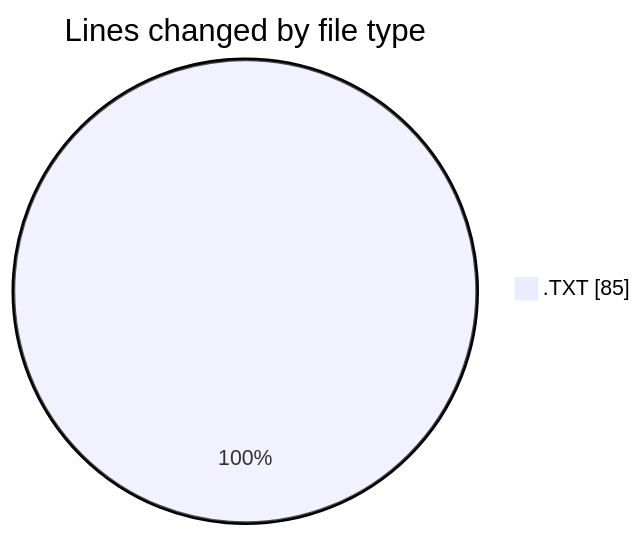
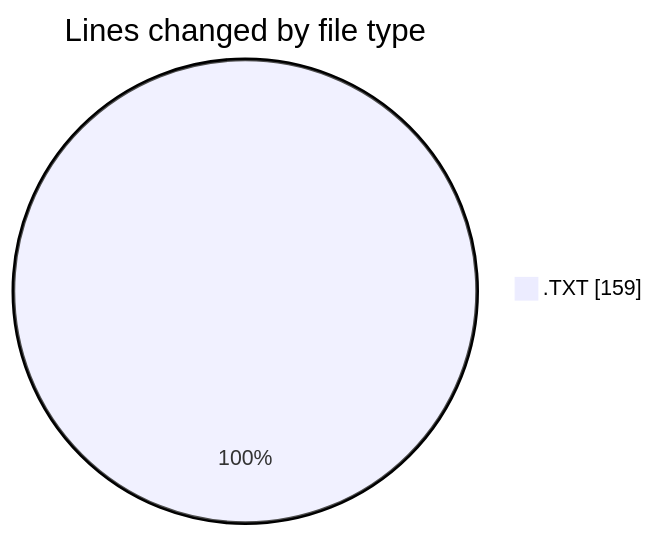
The first of 2 diagrams in 2026-09-21/cilwebcustomercomunication/README.md (ricardozamudiocil/code-tracking), drawn with Mermaid before and after one commit. The commit also changed other lines of this file and 1 other file, not shown here.

````diff
--- a/2026-09-21/cilwebcustomercomunication/README.md
+++ b/2026-09-21/cilwebcustomercomunication/README.md
@@ -20,5 +21,5 @@
 ```mermaid
 pie showData
 title Lines changed by file type
-".TXT" : 85
+".TXT" : 159
 ```
````
